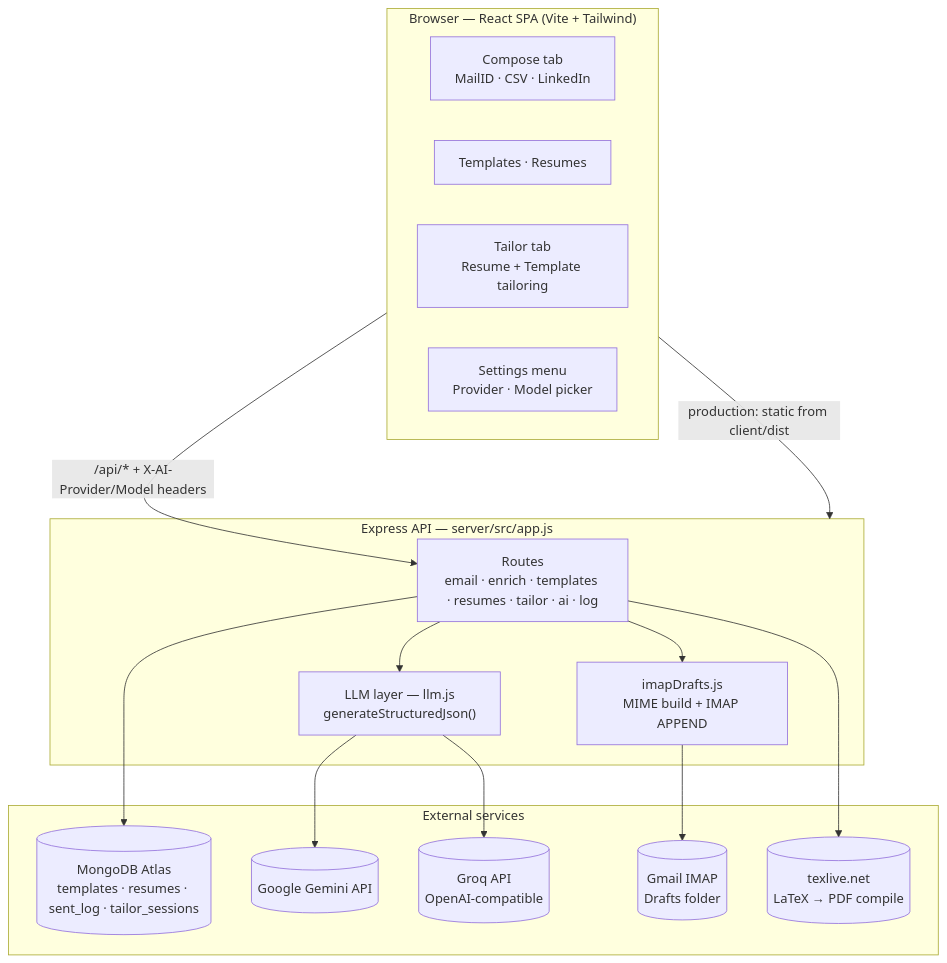
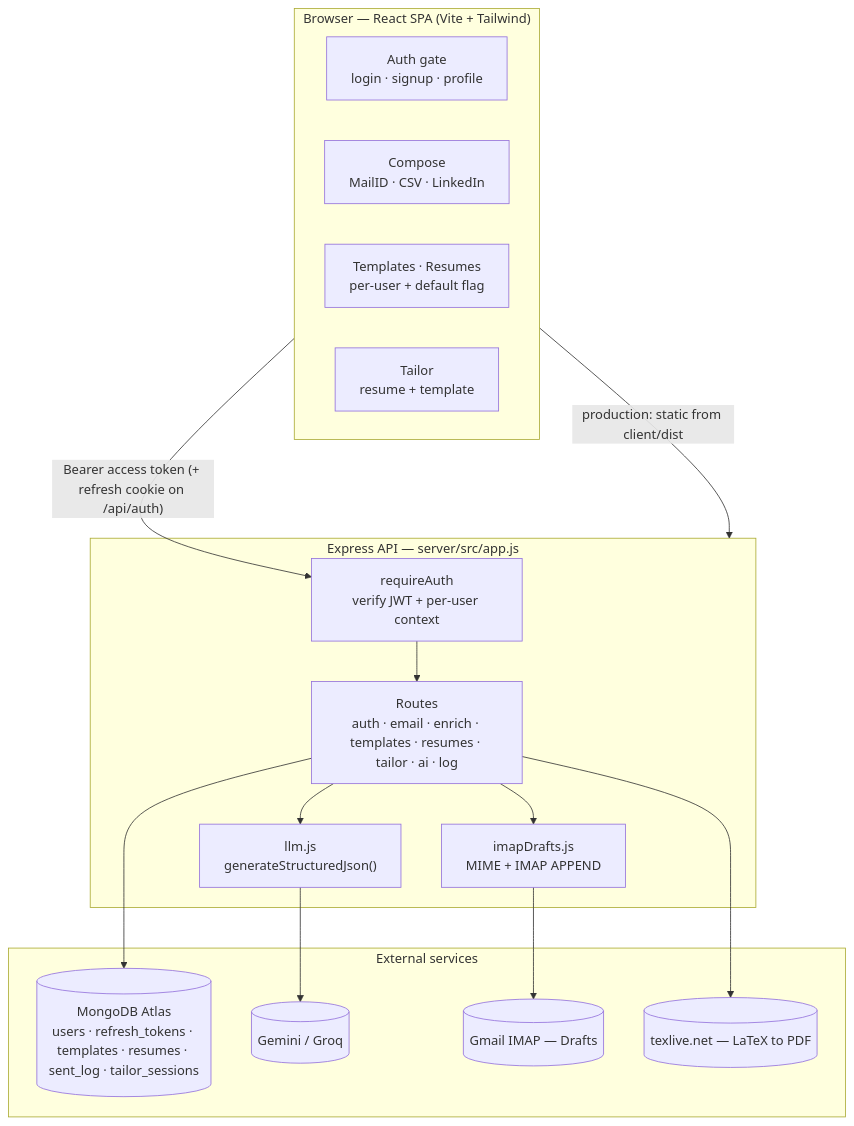
Before and after one commit to SK-ILLish-GIT/coldMail: the first of 5 diagrams in DETAILS.md, drawn with Mermaid. The commit also changed other lines of this file, not shown here.

````diff
--- a/DETAILS.md
+++ b/DETAILS.md
@@ -35,34 +33,31 @@
 ```mermaid
 flowchart TB
   subgraph Client["Browser — React SPA (Vite + Tailwind)"]
-    Compose["Compose tab<br/>MailID · CSV · LinkedIn"]
-    Library["Templates · Resumes"]
-    Tailor["Tailor tab<br/>Resume + Template tailoring"]
-    Settings["Settings menu<br/>Provider · Model picker"]
+    Gate["Auth gate<br/>login · signup · profile"]
+    Compose["Compose<br/>MailID · CSV · LinkedIn"]
+    Library["Templates · Resumes<br/>per-user + default flag"]
+    Tailor["Tailor<br/>resume + template"]
   end
 
   subgraph Server["Express API — server/src/app.js"]
-    Routes["Routes<br/>email · enrich · templates · resumes · tailor · ai · log"]
-    LLM["LLM layer — llm.js<br/>generateStructuredJson()"]
-    Draft["imapDrafts.js<br/>MIME build + IMAP APPEND"]
+    AuthMW["requireAuth<br/>verify JWT + per-user context"]
+    Routes["Routes<br/>auth · email · enrich · templates · resumes · tailor · ai · log"]
+    LLM["llm.js<br/>generateStructuredJson()"]
+    Draft["imapDrafts.js<br/>MIME + IMAP APPEND"]
   end
 
   subgraph External["External services"]
-    Mongo[("MongoDB Atlas<br/>templates · resumes · sent_log · tailor_sessions")]
-    Gemini[("Google Gemini API")]
-    Groq[("Groq API<br/>OpenAI-compatible")]
-    Gmail[("Gmail IMAP<br/>Drafts folder")]
-    TexLive[("texlive.net<br/>LaTeX → PDF compile")]
+    Mongo[("MongoDB Atlas<br/>users · refresh_tokens · templates · resumes · sent_log · tailor_sessions")]
+    AIP[("Gemini / Groq")]
+    Gmail[("Gmail IMAP — Drafts")]
+    TexLive[("texlive.net — LaTeX to PDF")]
   end
 
-  Client -->|"/api/* + X-AI-Provider/Model headers"| Routes
-  Routes --> LLM
-  LLM --> Gemini
-  LLM --> Groq
+  Client -->|"Bearer access token (+ refresh cookie on /api/auth)"| AuthMW
+  AuthMW --> Routes
+  Routes --> LLM --> AIP
   Routes --> Mongo
-  Routes --> Draft
-  Draft --> Gmail
+  Routes --> Draft --> Gmail
   Routes --> TexLive
-
   Client -->|"production: static from client/dist"| Server
 ```
````
